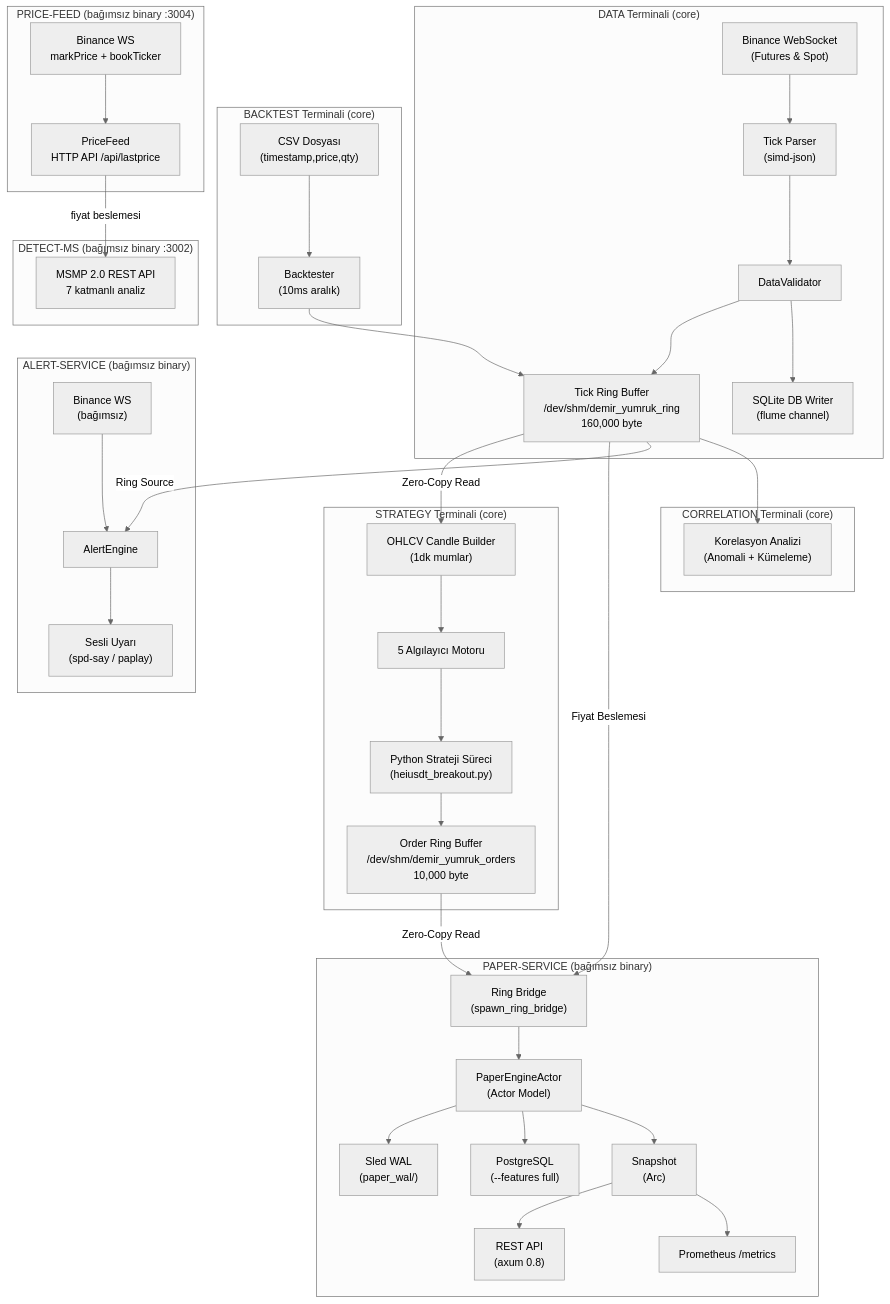
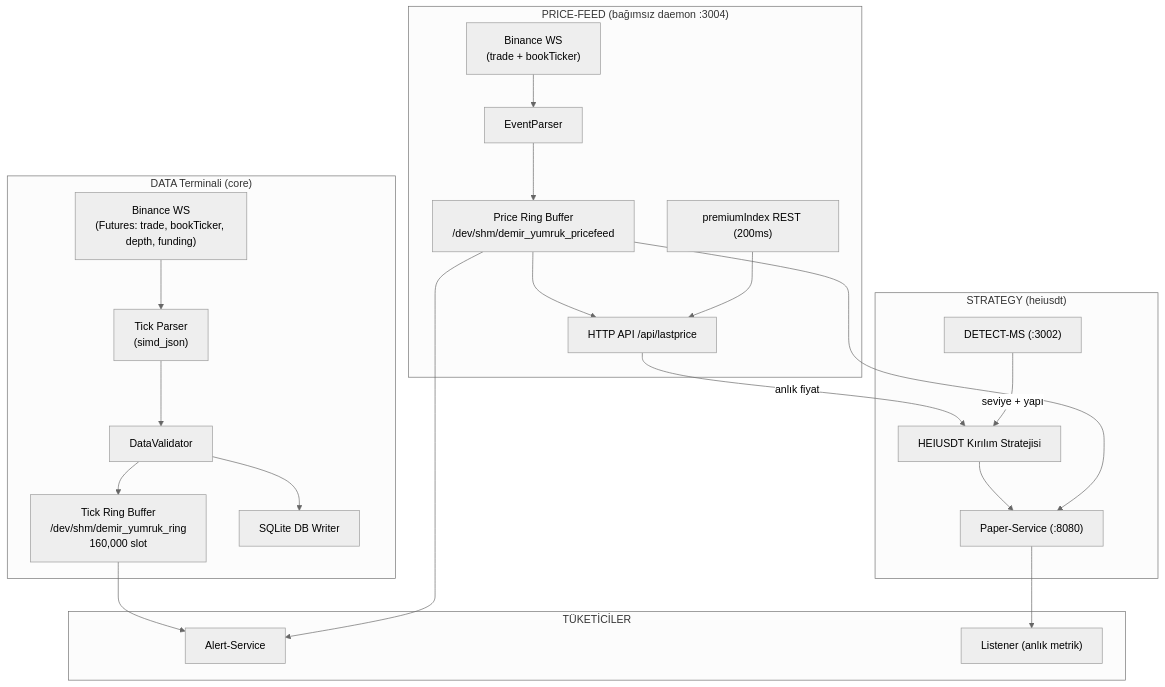
One commit to Quant-Trade-Lab-Community/cycle_finance_bot changed the diagram in README.md. Above: the diagram before and after it, drawn with Mermaid (neutral theme). The commit also changed other lines of this file and 3 other files, not shown here.

First line of the commit message:
docs: README baştan sona güncellendi + listener anlık metrik sistemi

````diff
--- a/README.md
+++ b/README.md
@@ -14,50 +14,29 @@
 ```mermaid
 graph TB
     subgraph "DATA Terminali (core)"
-        WS["Binance WebSocket<br/>(Futures & Spot)"] --> TP["Tick Parser<br/>(simd-json)"]
+        WS["Binance WS<br/>(Futures: trade, bookTicker, depth, funding)"] --> TP["Tick Parser<br/>(simd_json)"]
         TP --> VAL["DataValidator"]
-        VAL --> TR["Tick Ring Buffer<br/>/dev/shm/demir_yumruk_ring<br/>160,000 byte"]
-        VAL --> DB_RAW["SQLite DB Writer<br/>(flume channel)"]
+        VAL --> TR["Tick Ring Buffer<br/>/dev/shm/demir_yumruk_ring<br/>160,000 slot"]
+        VAL --> DB_RAW["SQLite DB Writer"]
     end
 
-    subgraph "BACKTEST Terminali (core)"
-        CSV["CSV Dosyası<br/>(timestamp,price,qty)"] --> BT["Backtester<br/>(10ms aralık)"]
-        BT --> TR
+    subgraph "PRICE-FEED (bağımsız daemon :3004)"
+        PFWS["Binance WS<br/>(trade + bookTicker)"] --> PFP["EventParser"]
+        PFP --> PFR["Price Ring Buffer<br/>/dev/shm/demir_yumruk_pricefeed"]
+        PFR --> PFAPI["HTTP API /api/lastprice"]
+        REST["premiumIndex REST (200ms)"] --> PFAPI
     end
 
-    subgraph "STRATEGY Terminali (core)"
-        TR --> |"Zero-Copy Read"| OHLCV["OHLCV Candle Builder<br/>(1dk mumlar)"]
-        OHLCV --> DET["5 Algılayıcı Motoru"]
-        DET --> PY["Python Strateji Süreci<br/>(heiusdt_breakout.py)"]
-        PY --> OR["Order Ring Buffer<br/>/dev/shm/demir_yumruk_orders<br/>10,000 byte"]
+    subgraph "STRATEGY (heiusdt)"
+        PFAPI -->|"anlık fiyat"| HEI["HEIUSDT Kırılım Stratejisi"]
+        DMS["DETECT-MS (:3002)"] -->|"seviye + yapı"| HEI
+        HEI --> PAPER["Paper-Service (:8080)"]
     end
 
-    subgraph "PAPER-SERVICE (bağımsız binary)"
-        OR --> |"Zero-Copy Read"| BRIDGE["Ring Bridge<br/>(spawn_ring_bridge)"]
-        TR --> |"Fiyat Beslemesi"| BRIDGE
-        BRIDGE --> ACTOR["PaperEngineActor<br/>(Actor Model)"]
-        ACTOR --> WAL["Sled WAL<br/>(paper_wal/)"]
-        ACTOR --> PG["PostgreSQL<br/>(--features full)"]
-        ACTOR --> SNAP["Snapshot<br/>(Arc<RwLock>)"]
-        SNAP --> API["REST API<br/>(axum 0.8)"]
-        SNAP --> METRICS["Prometheus /metrics"]
-    end
-
-    subgraph "ALERT-SERVICE (bağımsız binary)"
-        TR --> |"Ring Source"| AE["AlertEngine"]
-        WS2["Binance WS<br/>(bağımsız)"] --> AE
-        AE --> AUDIO["Sesli Uyarı<br/>(spd-say / paplay)"]
-    end
-
-    subgraph "CORRELATION Terminali (core)"
-        TR --> CA["Korelasyon Analizi<br/>(Anomali + Kümeleme)"]
-    end
-
-    subgraph "PRICE-FEED (bağımsız binary :3004)"
-        WS3["Binance WS<br/>markPrice + bookTicker"] --> PF["PriceFeed<br/>HTTP API /api/lastprice"]
-    end
-
-    subgraph "DETECT-MS (bağımsız binary :3002)"
-        PF --> |"fiyat beslemesi"| MS["MSMP 2.0 REST API<br/>7 katmanlı analiz"]
+    subgraph "TÜKETİCİLER"
+        TR --> ALERT["Alert-Service"]
+        PFR --> ALERT
+        PFR --> PAPER
+        PAPER --> LISTENER["Listener (anlık metrik)"]
     end
 ```
````
